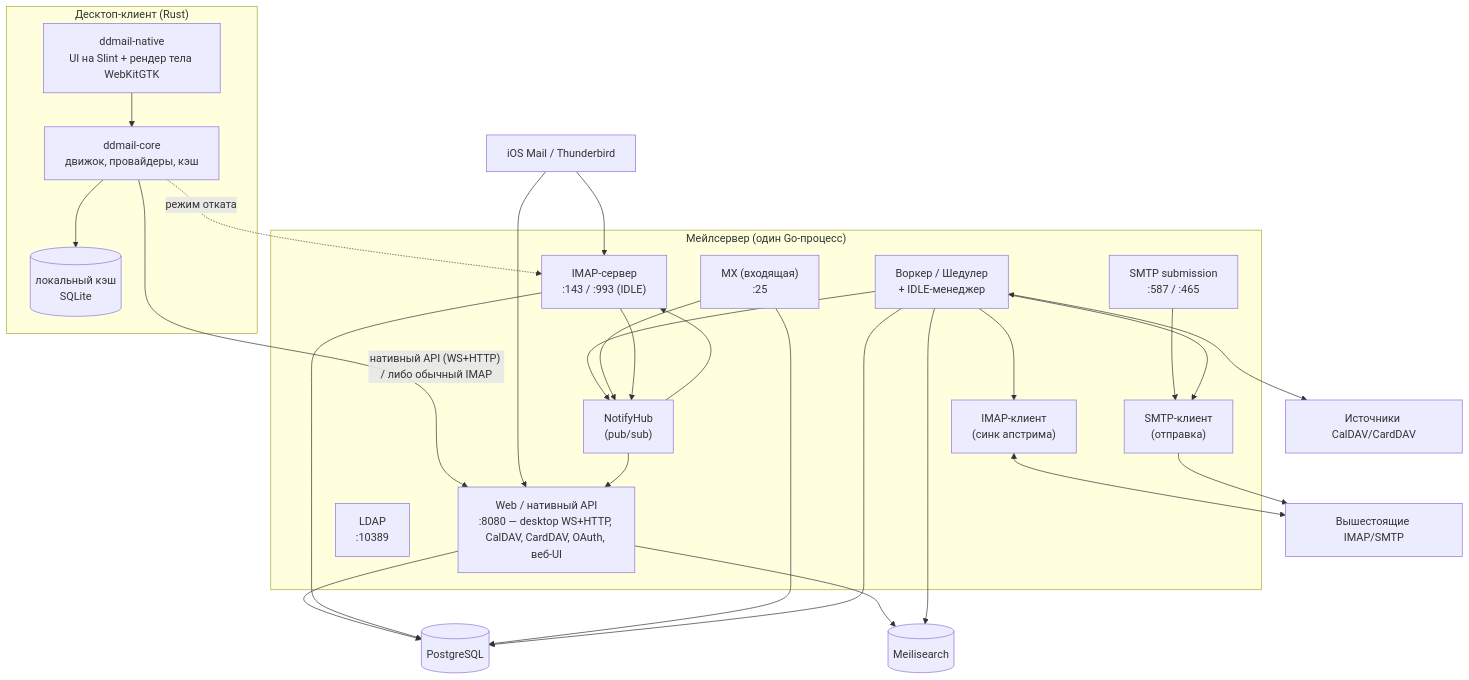
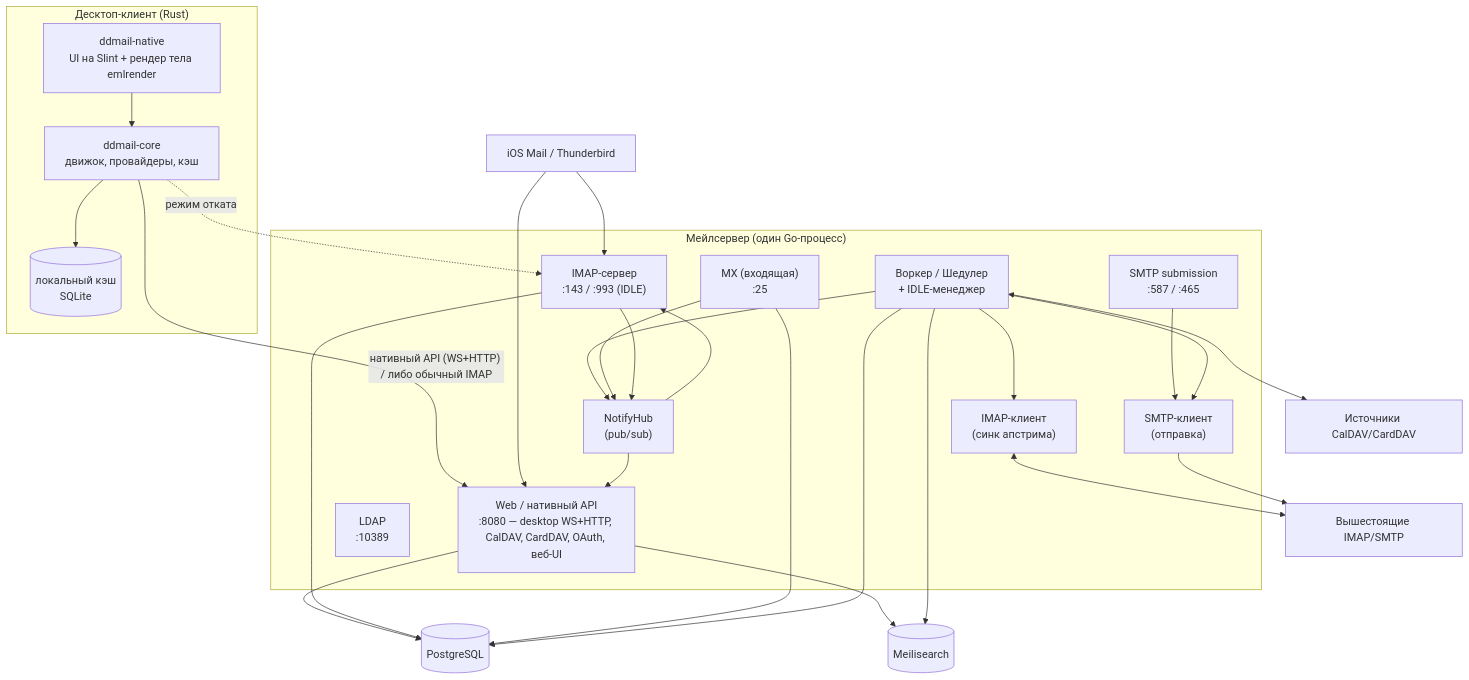
Before and after one commit to ddletotam/ddmailserver: the second of 5 diagrams in docs/architecture-c4.md, drawn with Mermaid. The commit also changed other lines of this file and 11 other files, not shown here.

````diff
--- a/docs/architecture-c4.md
+++ b/docs/architecture-c4.md
@@ -40,53 +40,53 @@
 ```mermaid
 graph TD
     subgraph client["Десктоп-клиент (Rust)"]
-        native["ddmail-native<br/>UI на Slint + рендер тела WebKitGTK"]
+        native["ddmail-native<br/>UI на Slint + рендер тела emlrender"]
         corec["ddmail-core<br/>движок, провайдеры, кэш"]
         lcache[("локальный кэш<br/>SQLite")]
         native --> corec
         corec --> lcache
     end
 
     subgraph server["Мейлсервер (один Go-процесс)"]
         webapi["Web / нативный API<br/>:8080 — desktop WS+HTTP, CalDAV, CardDAV, OAuth, веб-UI"]
         imaps["IMAP-сервер<br/>:143 / :993 (IDLE)"]
         smtps["SMTP submission<br/>:587 / :465"]
         mx["MX (входящая)<br/>:25"]
         ldap["LDAP<br/>:10389"]
         worker["Воркер / Шедулер<br/>+ IDLE-менеджер"]
         imapc["IMAP-клиент<br/>(синк апстрима)"]
         smtpc["SMTP-клиент<br/>(отправка)"]
         hub["NotifyHub<br/>(pub/sub)"]
     end
 
     pg[("PostgreSQL")]
     meili[("Meilisearch")]
 
     up["Вышестоящие IMAP/SMTP"]
     dav["Источники CalDAV/CardDAV"]
     tpc["iOS Mail / Thunderbird"]
 
     corec -->|"нативный API (WS+HTTP) / либо обычный IMAP"| webapi
     corec -.->|"режим отката"| imaps
     tpc --> imaps
     tpc --> webapi
 
     webapi --> pg
     imaps --> pg
     smtps --> smtpc
     mx --> pg
     worker --> pg
     worker --> imapc
     worker --> smtpc
     imapc <--> up
     worker <--> dav
     smtpc --> up
     webapi --> meili
     worker --> meili
 
     worker --> hub
     mx --> hub
     imaps --> hub
     hub --> webapi
     hub --> imaps
 ```
````
